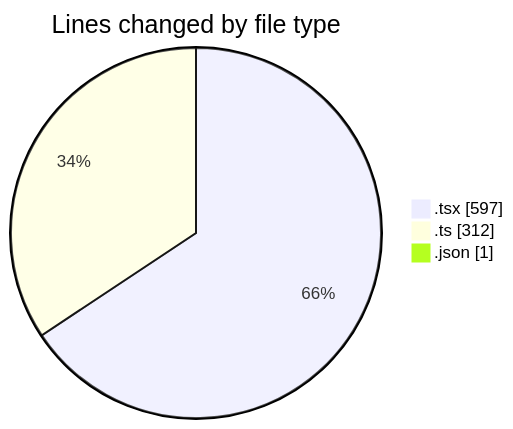
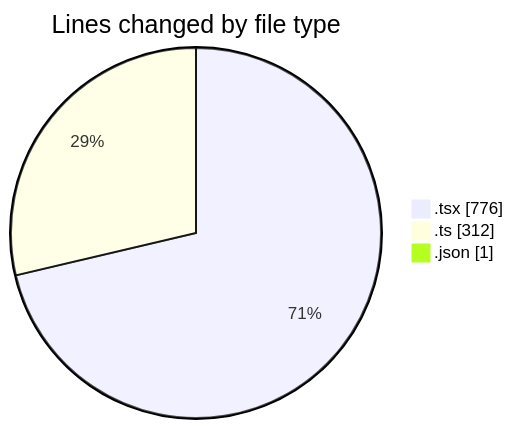
Before and after one commit to julien-gomy/code-tracking: the first of 2 diagrams in 2025-10-08/eventscop-frontend-guide__workspace_/README.md, drawn with Mermaid. The commit also changed other lines of this file and 1 other file, not shown here.

````diff
--- a/2025-10-08/eventscop-frontend-guide__workspace_/README.md
+++ b/2025-10-08/eventscop-frontend-guide__workspace_/README.md
@@ -26,7 +26,7 @@
 ```mermaid
 pie showData
 title Lines changed by file type
-".tsx" : 597
+".tsx" : 776
 ".ts" : 312
 ".json" : 1
 ```
````
